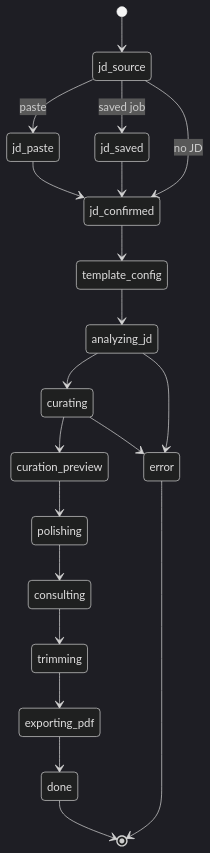
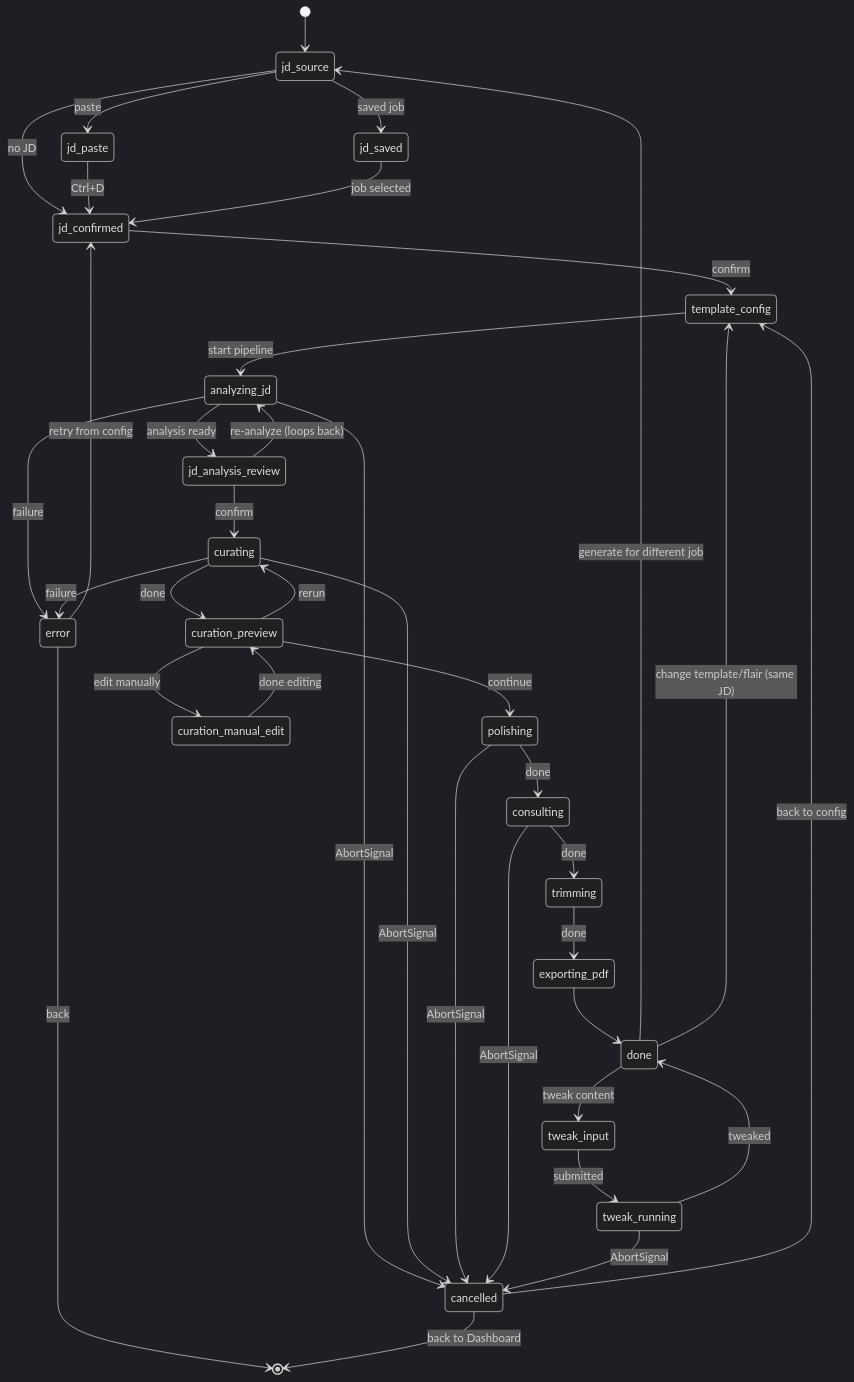
Before and after one commit to impressiver/suited: the third of 3 diagrams in specs/tui-state-machines.md, drawn with Mermaid (dark theme). The commit also changed other lines of this file and 8 other files, not shown here.

````diff
--- a/specs/tui-state-machines.md
+++ b/specs/tui-state-machines.md
@@ -42,22 +87,47 @@
 ```mermaid
 stateDiagram-v2
   [*] --> jd_source
+
   jd_source --> jd_paste : paste
   jd_source --> jd_saved : saved job
   jd_source --> jd_confirmed : no JD
-  jd_paste --> jd_confirmed
-  jd_saved --> jd_confirmed
-  jd_confirmed --> template_config
-  template_config --> analyzing_jd
-  analyzing_jd --> curating
-  curating --> curation_preview
-  curation_preview --> polishing
-  polishing --> consulting
-  consulting --> trimming
-  trimming --> exporting_pdf
+  jd_paste --> jd_confirmed : Ctrl+D
+  jd_saved --> jd_confirmed : job selected
+  jd_confirmed --> template_config : confirm
+
+  template_config --> analyzing_jd : start pipeline
+
+  analyzing_jd --> jd_analysis_review : analysis ready
+  jd_analysis_review --> curating : confirm
+  jd_analysis_review --> analyzing_jd : re-analyze (loops back)
+
+  curating --> curation_preview : done
+  curation_preview --> polishing : continue
+  curation_preview --> curating : rerun
+  curation_preview --> curation_manual_edit : edit manually
+  curation_manual_edit --> curation_preview : done editing
+
+  polishing --> consulting : done
+  consulting --> trimming : done
+  trimming --> exporting_pdf : done
   exporting_pdf --> done
-  analyzing_jd --> error
-  curating --> error
-  done --> [*]
-  error --> [*]
+
+  done --> jd_source : generate for different job
+  done --> template_config : change template/flair (same JD)
+  done --> tweak_input : tweak content
+  tweak_input --> tweak_running : submitted
+  tweak_running --> done : tweaked
+
+  analyzing_jd --> error : failure
+  analyzing_jd --> cancelled : AbortSignal
+  curating --> error : failure
+  curating --> cancelled : AbortSignal
+  polishing --> cancelled : AbortSignal
+  consulting --> cancelled : AbortSignal
+  tweak_running --> cancelled : AbortSignal
+
+  error --> jd_confirmed : retry from config
+  error --> [*] : back
+  cancelled --> template_config : back to config
+  cancelled --> [*] : back to Dashboard
 ```
````
